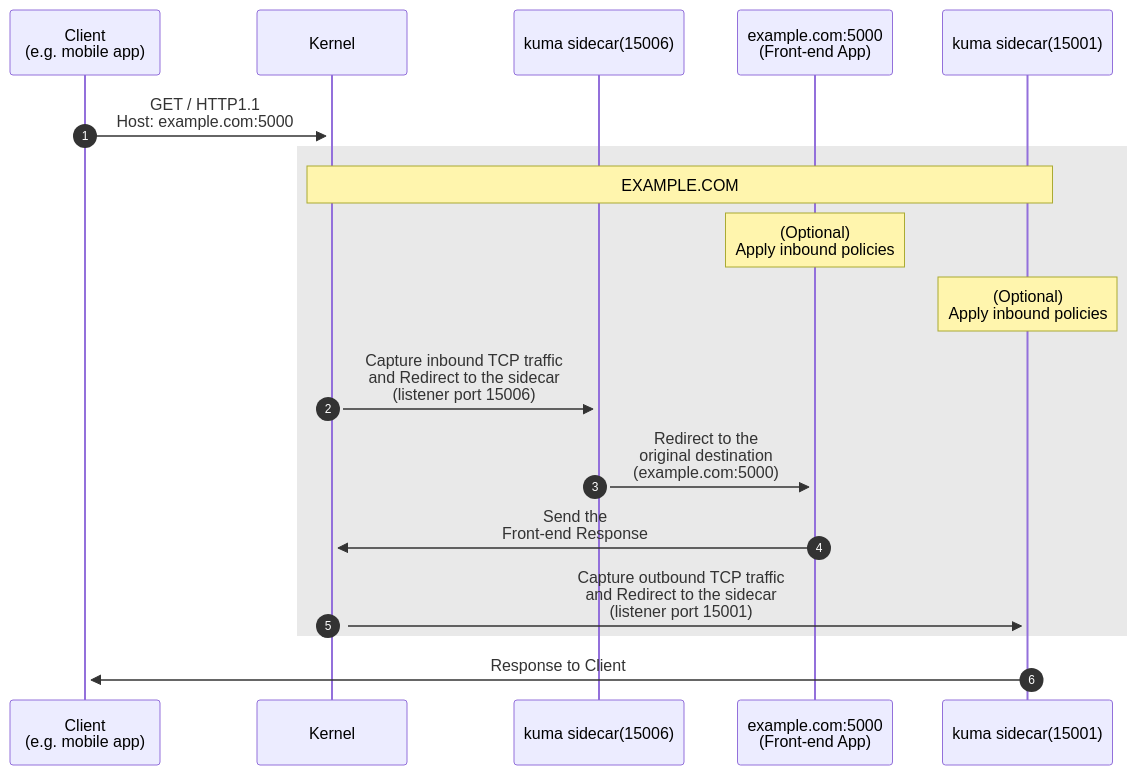
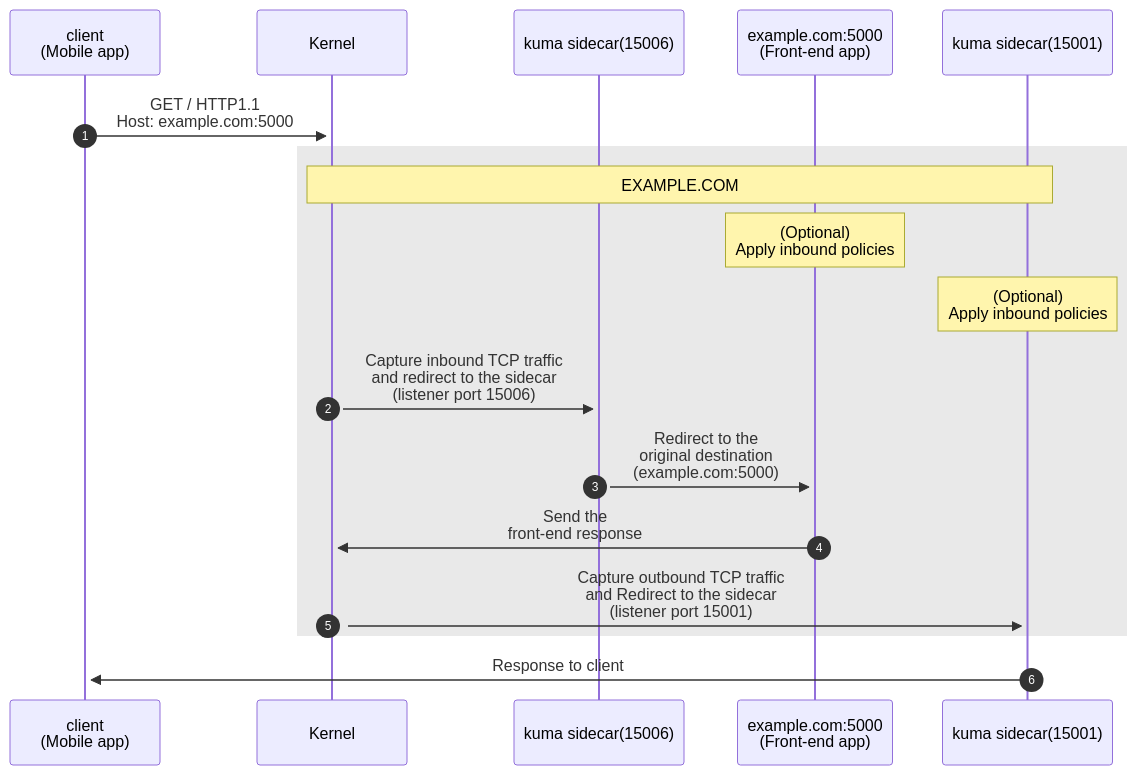
Before and after one commit to Kong/developer.konghq.com: the diagram in app/mesh/transparent-proxying.md, drawn with Mermaid. The commit also changed other lines of this file, not shown here.

```diff
--- a/app/mesh/transparent-proxying.md
+++ b/app/mesh/transparent-proxying.md
@@ -28,22 +28,21 @@
 {% mermaid %}
  sequenceDiagram
  autonumber
-     participant Browser as Client<br>(e.g. mobile app)
+     participant Browser as client<br>(Mobile app)
      participant Kernel as Kernel
      participant ServiceMeshIn as kuma sidecar(15006)
-     participant Node as example.com:5000<br>(Front-end App)
+     participant Node as example.com:5000<br>(Front-end app)
      participant ServiceMeshOut as kuma sidecar(15001)
      Browser->>+Kernel: GET / HTTP1.1<br>Host: example.com:5000
  
      rect rgb(233,233,233)
      Note over Kernel,ServiceMeshOut: EXAMPLE.COM
      Note over Node: (Optional)<br> Apply inbound policies
      Note over ServiceMeshOut: (Optional)<br> Apply inbound policies
-     Kernel->>+ServiceMeshIn: Capture inbound TCP traffic<br>and Redirect to the sidecar<br> (listener port 15006)
+     Kernel->>+ServiceMeshIn: Capture inbound TCP traffic<br>and redirect to the sidecar<br> (listener port 15006)
      ServiceMeshIn->>+Node: Redirect to the<br>original destination <br>(example.com:5000)
-         Node->>+Kernel: Send the <br>Front-end Response
+         Node->>+Kernel: Send the <br>front-end response
      Kernel->>+ServiceMeshOut: Capture outbound TCP traffic<br>and Redirect to the sidecar<br> (listener port 15001)
      end
-     ServiceMeshOut->>+Browser: Response to Client
-     %% Note over Browser,ServiceMeshOut: Traffic Flow Sequence
+     ServiceMeshOut->>+Browser: Response to client
 {% endmermaid %}
```
